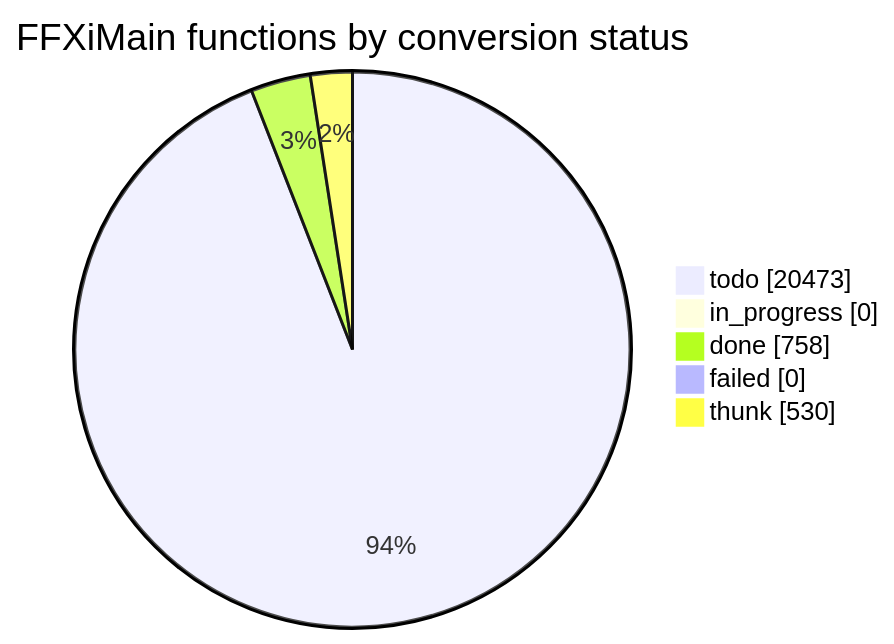
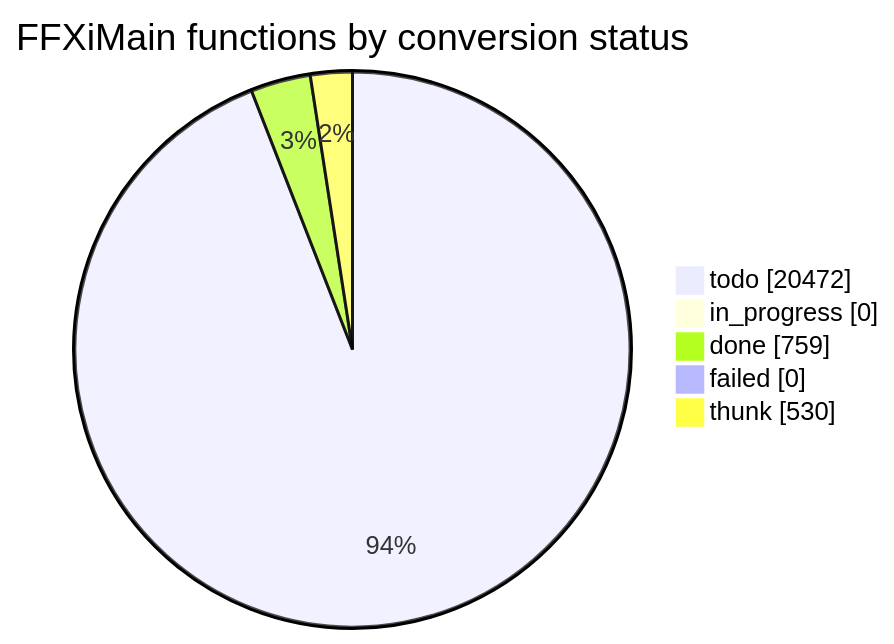
The diagram in docs/cow/STATUS.md (cowrevenge/cow_kuluu_xi_anything), drawn with Mermaid before and after one commit. The commit also changed other lines of this file and 9 other files, not shown here.

````diff
--- a/docs/cow/STATUS.md
+++ b/docs/cow/STATUS.md
@@ -18,9 +18,9 @@
 ```mermaid
 pie showData
     title FFXiMain functions by conversion status
-    "todo" : 20473
+    "todo" : 20472
     "in_progress" : 0
-    "done" : 758
+    "done" : 759
     "failed" : 0
     "thunk" : 530
 ```
````
